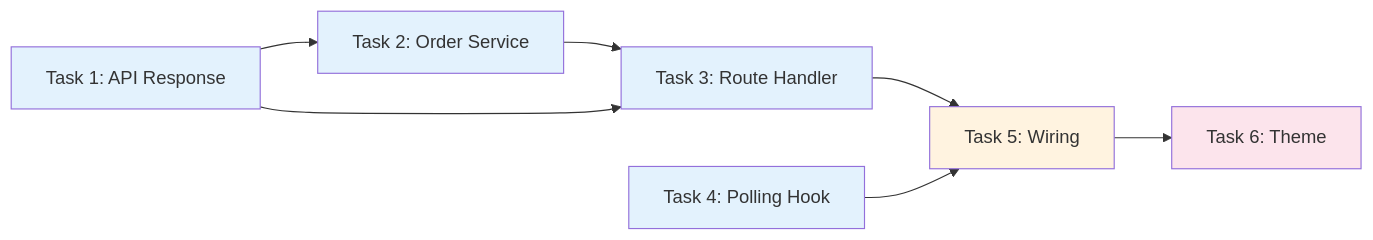
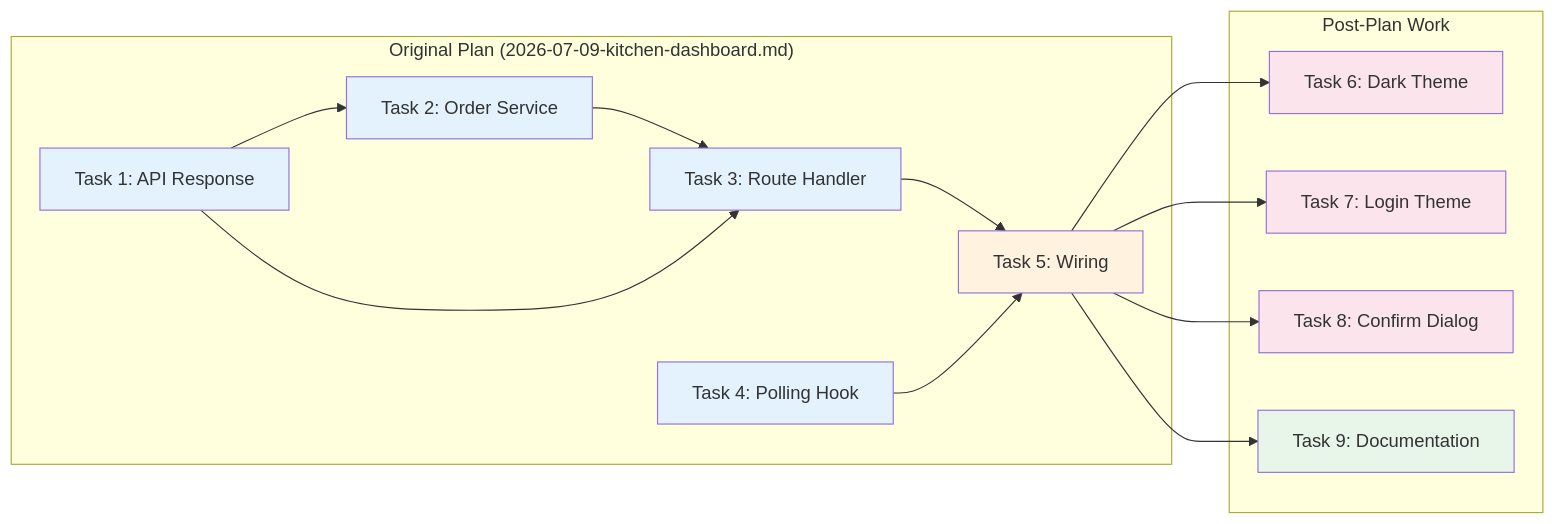
The second of 6 diagrams in docs/workflows/plan-3.md (vibe-code-tours/team-06-app), drawn with Mermaid before and after one commit. The commit also changed other lines of this file, not shown here.

Commit message:
docs: update kitchen dashboard workflow with accurate task breakdown

````diff
--- a/docs/workflows/plan-3.md
+++ b/docs/workflows/plan-3.md
@@ -54,16 +75,27 @@
 ```mermaid
 graph LR
-    T1[Task 1: API Response] --> T2[Task 2: Order Service]
-    T2 --> T3[Task 3: Route Handler]
-    T1 --> T3
-    T3 --> T5[Task 5: Wiring]
-    T4[Task 4: Polling Hook] --> T5
-    T5 --> T6[Task 6: Theme]
+    subgraph "Original Plan (2026-07-09-kitchen-dashboard.md)"
+        T1[Task 1: API Response] --> T2[Task 2: Order Service]
+        T2 --> T3[Task 3: Route Handler]
+        T1 --> T3
+        T3 --> T5[Task 5: Wiring]
+        T4[Task 4: Polling Hook] --> T5
+    end
+
+    subgraph "Post-Plan Work"
+        T5 --> T6[Task 6: Dark Theme]
+        T5 --> T7[Task 7: Login Theme]
+        T5 --> T8[Task 8: Confirm Dialog]
+        T5 --> T9[Task 9: Documentation]
+    end
 
     style T1 fill:#e3f2fd
     style T2 fill:#e3f2fd
     style T3 fill:#e3f2fd
     style T4 fill:#e3f2fd
     style T5 fill:#fff3e0
     style T6 fill:#fce4ec
+    style T7 fill:#fce4ec
+    style T8 fill:#fce4ec
+    style T9 fill:#e8f5e9
 ```
````
